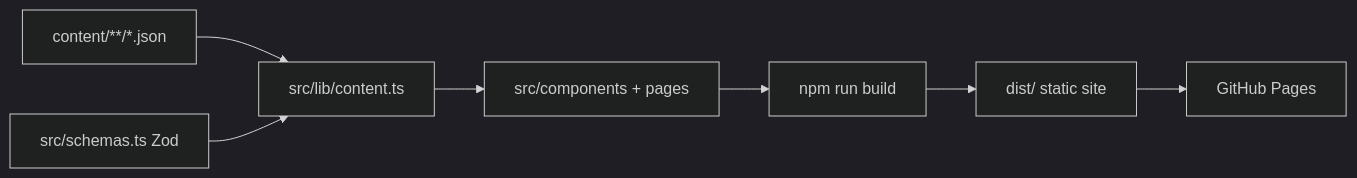
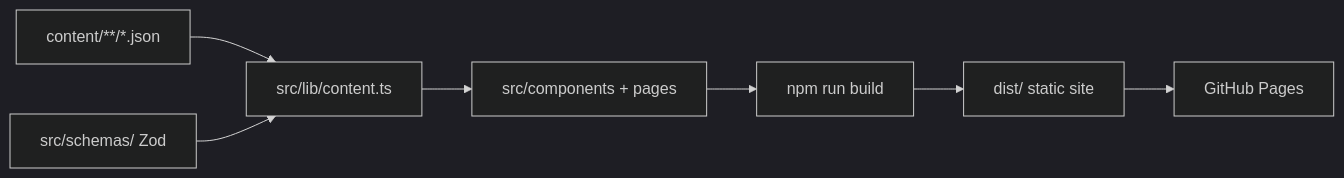
Before and after one commit to balajiselvaraj1601/portfolio_site: the first of 2 diagrams in docs/environment-languages-skills.md, drawn with Mermaid (dark theme). The commit also changed other lines of this file and 65 other files, not shown here.

First line of the commit message:
refactor(structure): split schemas into src/schemas/ modules, move icon pipeline to scripts/icons/

````diff
--- a/docs/environment-languages-skills.md
+++ b/docs/environment-languages-skills.md
@@ -32,17 +32,17 @@
 ```mermaid
 flowchart LR
   json["content/**/*.json"]
-  zod["src/schemas.ts Zod"]
+  zod["src/schemas/ Zod"]
   loader["src/lib/content.ts"]
   astro["src/components + pages"]
   build["npm run build"]
   dist["dist/ static site"]
   ghpages["GitHub Pages"]
 
   json --> loader
   zod --> loader
   loader --> astro
   astro --> build
   build --> dist
   dist --> ghpages
 ```
````
